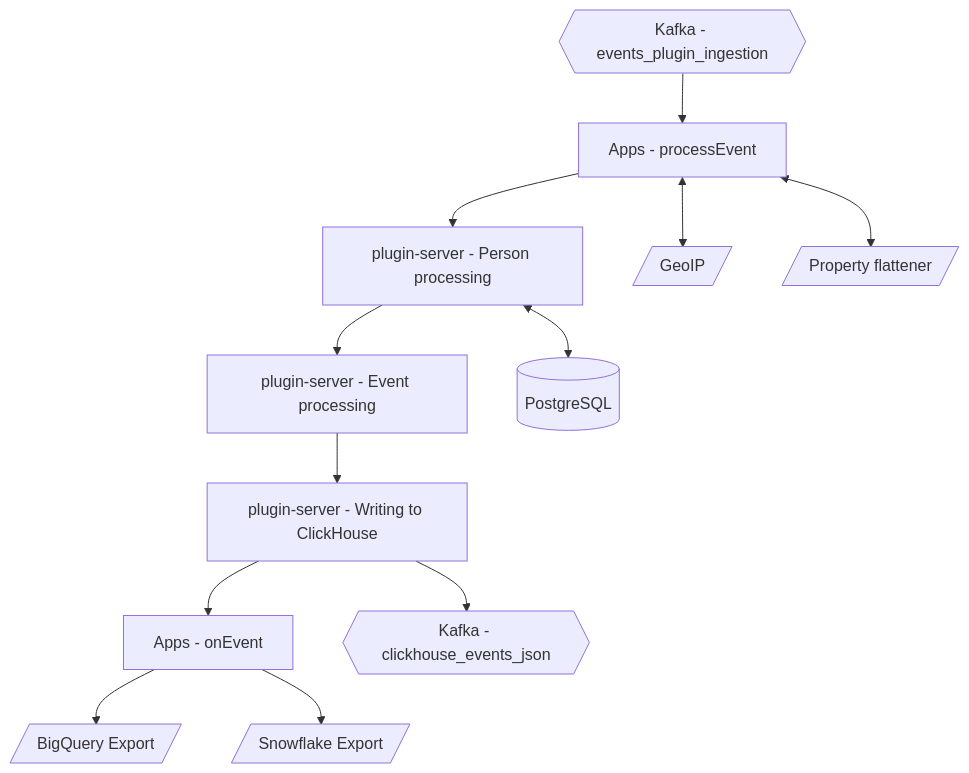
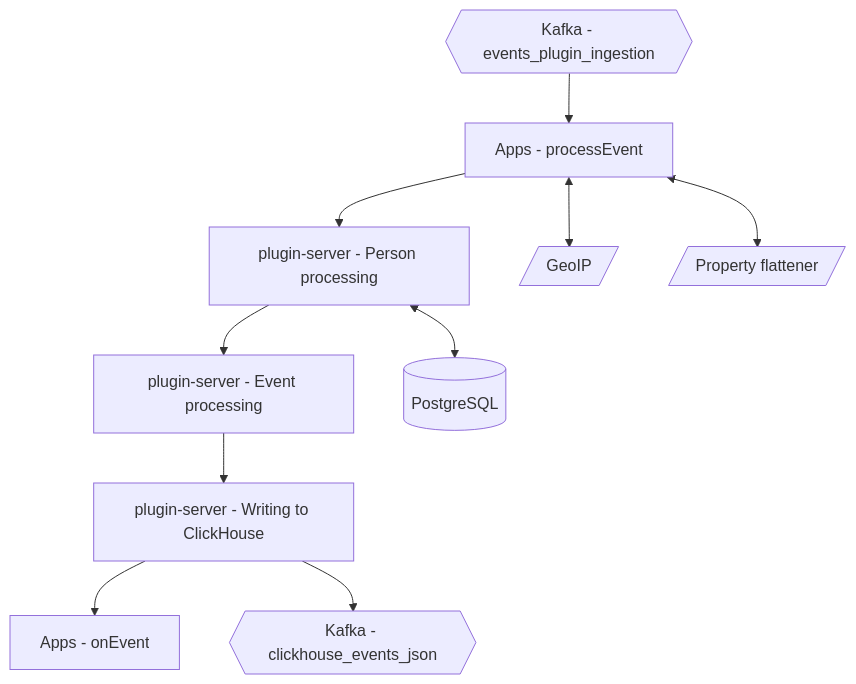
The second of 2 diagrams in contents/docs/how-posthog-works/ingestion-pipeline.mdx (PostHog/posthog.com), drawn with Mermaid before and after one commit. The commit also changed other lines of this file and 24 other files, not shown here.

````diff
--- a/contents/docs/how-posthog-works/ingestion-pipeline.mdx
+++ b/contents/docs/how-posthog-works/ingestion-pipeline.mdx
@@ -56,32 +48,28 @@
 ```mermaid
 flowchart TD
     STEP2["Apps - processEvent"]
     STEP3["plugin-server - Person processing"]
     STEP4["plugin-server - Event processing"]
     STEP5["plugin-server - Writing to ClickHouse"]
     STEP6["Apps - onEvent"]
     APPS1[/"GeoIP"/]
     APPS3[/"Property flattener"/]
-    APPS2[/"BigQuery Export"/]
-    APPS4[/"Snowflake Export"/]
     PERSONS[("PostgreSQL")]
     KafkaIn{{"Kafka - events_plugin_ingestion"}}
     KafkaOut{{"Kafka - clickhouse_events_json"}}
 
     KafkaIn --> STEP2
 
     STEP2 --> STEP3
     STEP3 --> STEP4
     STEP4 --> STEP5
     STEP5 --> STEP6
 
     STEP2 <--> APPS1
     STEP2 <--> APPS3
-    STEP6 --> APPS2
-    STEP6 --> APPS4
 
     STEP5 --> KafkaOut
 
     STEP3 <--> PERSONS
 
 ```
````
